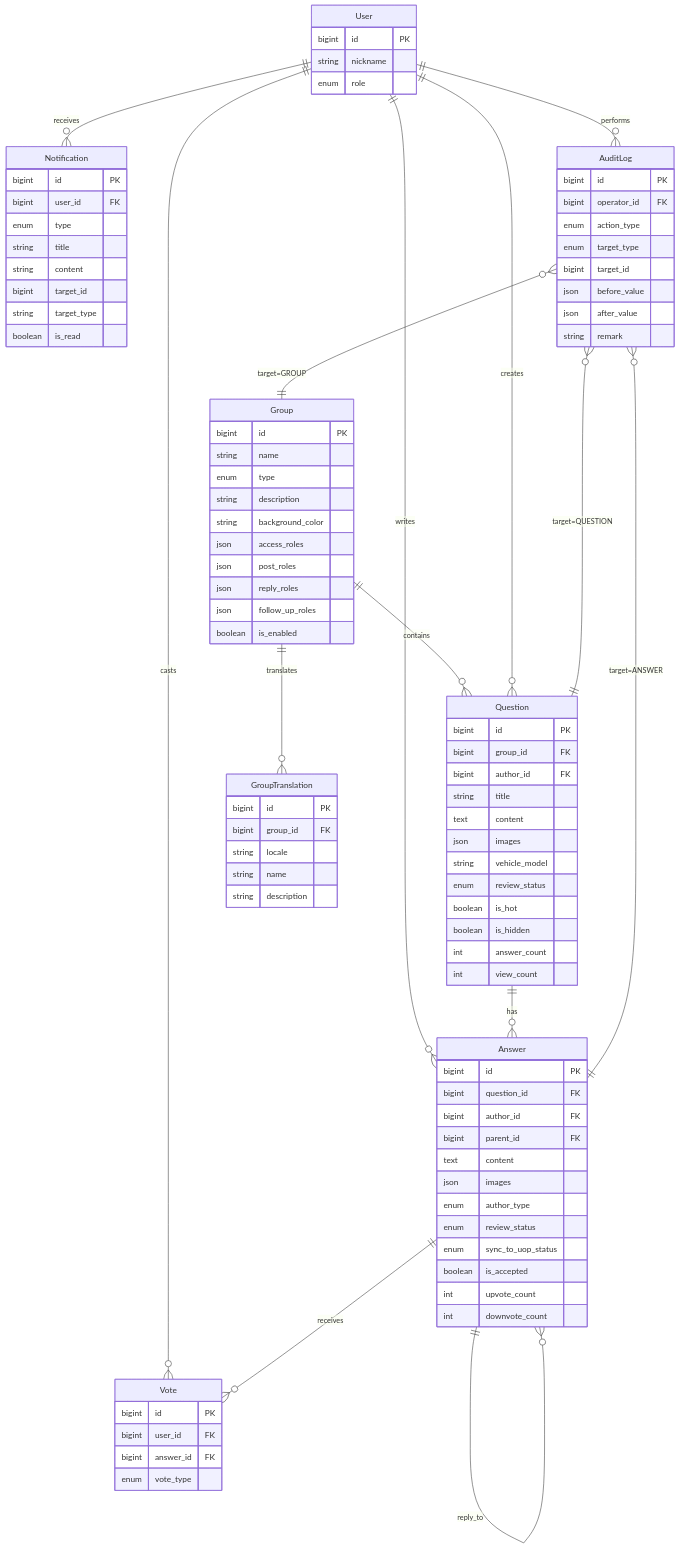
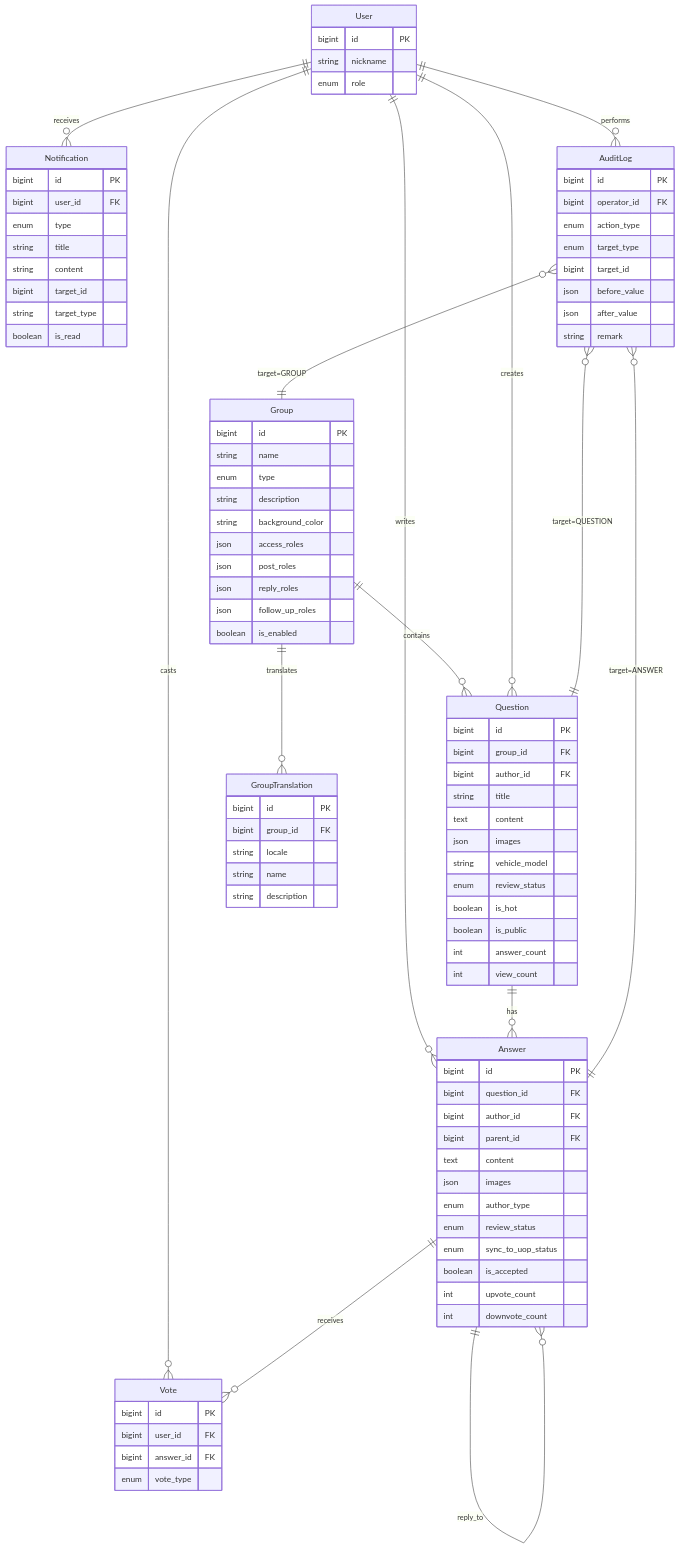
Before and after one commit to PM-Billy/engineer-online: the diagram in design/数据模型.md, drawn with Mermaid. The commit also changed other lines of this file and 7 other files, not shown here.

```diff
--- a/design/数据模型.md
+++ b/design/数据模型.md
@@ -72,7 +72,7 @@
         string vehicle_model
         enum review_status
         boolean is_hot
-        boolean is_hidden
+        boolean is_public
         int answer_count
         int view_count
     }
```
